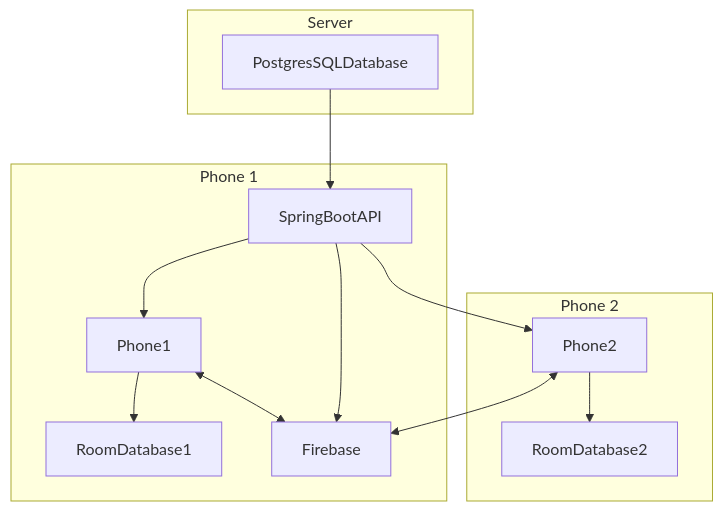
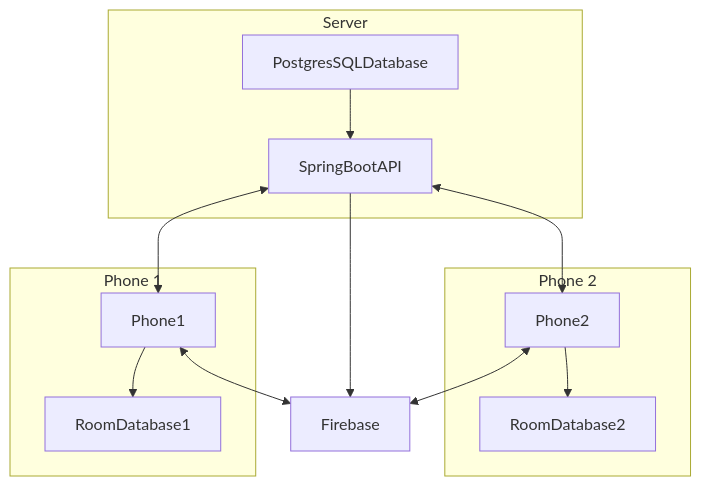
Before and after one commit to lukekweston/MessengerAPP: the diagram in README.md, drawn with Mermaid.

````diff
--- a/README.md
+++ b/README.md
@@ -9,17 +9,17 @@
 ```mermaid
-graph TD;
+flowchart TD;
+    subgraph "Phone 2"
+        Phone2-->RoomDatabase2;
+    end
     subgraph "Phone 1"
-        SpringBootAPI--> Phone1;
-        Phone1--> RoomDatabase1;
-        Phone1<-->Firebase;
+        Phone1-->RoomDatabase1;
     end
-    subgraph "Server"
-        PostgresSQLDatabase--> SpringBootAPI;
-        SpringBootAPI-->Firebase;
+        subgraph "Server"
+        PostgresSQLDatabase-->SpringBootAPI;
+        SpringBootAPI<-->Phone1;
+        SpringBootAPI<-->Phone2;
     end
-    subgraph "Phone 2"
-        SpringBootAPI--> Phone2;
-        Phone2--> RoomDatabase2;
-        Phone2<-->Firebase;
-    end
+    SpringBootAPI-->Firebase;
+    Phone1<-->Firebase;
+    Phone2<-->Firebase;
 ```
````
